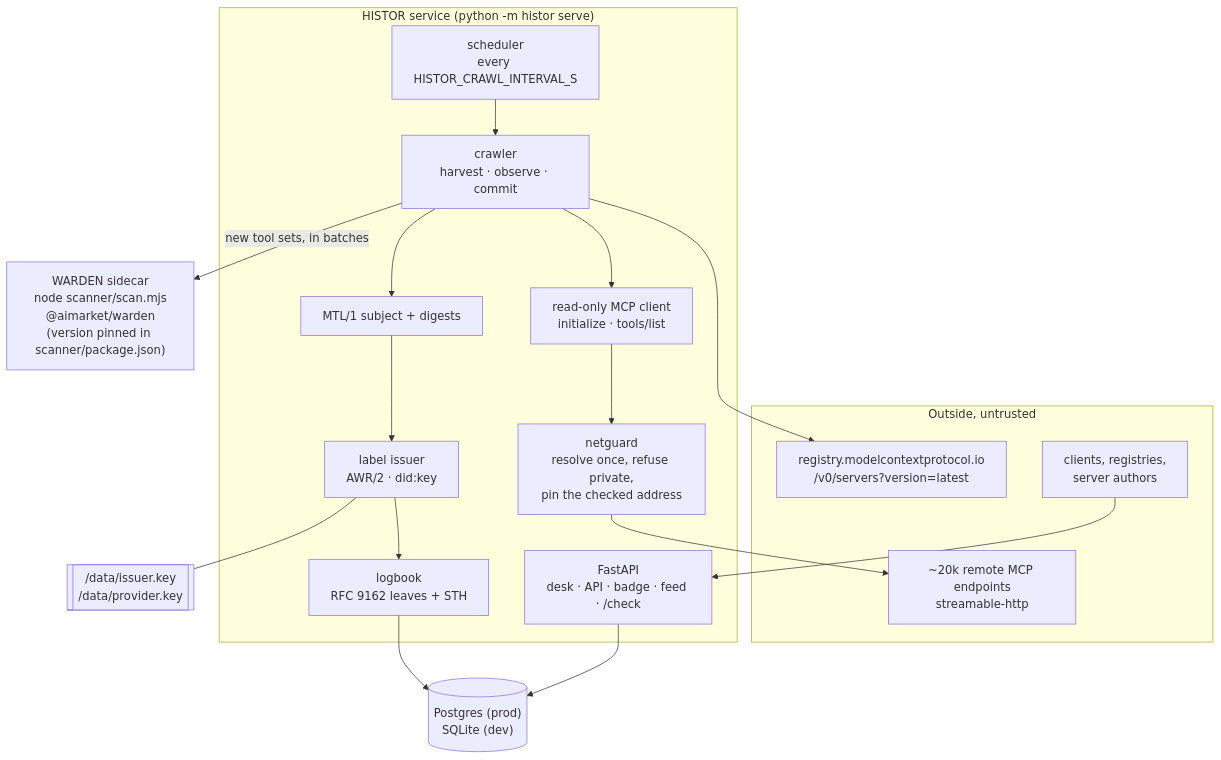
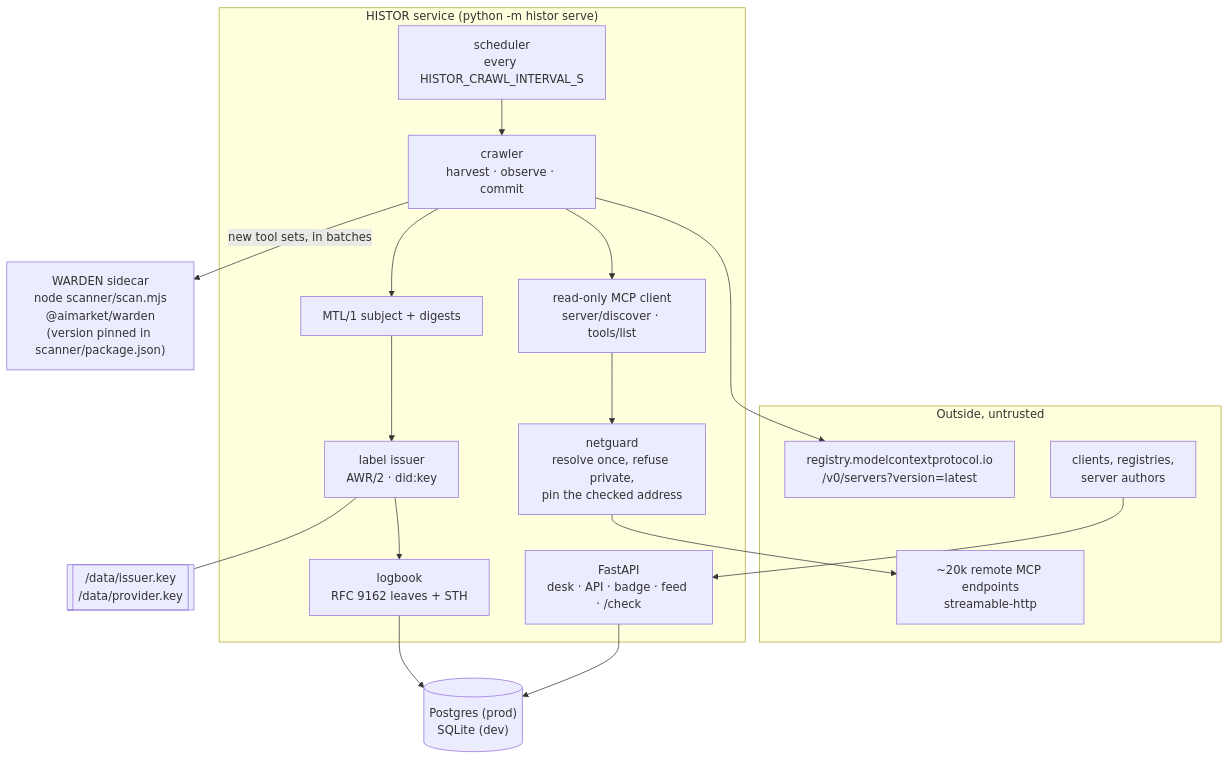
Before and after one commit to alexar76/histor: the first of 4 diagrams in docs/architecture.md, drawn with Mermaid. The commit also changed other lines of this file and 78 other files, not shown here.

````diff
--- a/docs/architecture.md
+++ b/docs/architecture.md
@@ -9,30 +9,30 @@
 ```mermaid
 flowchart TB
     subgraph Outside["Outside, untrusted"]
         REG["registry.modelcontextprotocol.io<br/>/v0/servers?version=latest"]
         MCP["~20k remote MCP endpoints<br/>streamable-http"]
         CLIENT["clients, registries,<br/>server authors"]
     end
     subgraph Service["HISTOR service (python -m histor serve)"]
         SCHED["scheduler<br/>every HISTOR_CRAWL_INTERVAL_S"]
         CRAWL["crawler<br/>harvest · observe · commit"]
         GUARD["netguard<br/>resolve once, refuse private,<br/>pin the checked address"]
-        READER["read-only MCP client<br/>initialize · tools/list"]
+        READER["read-only MCP client<br/>server/discover · tools/list"]
         SUBJ["MTL/1 subject + digests"]
         LABELS["label issuer<br/>AWR/2 · did:key"]
         LOG["logbook<br/>RFC 9162 leaves + STH"]
         API["FastAPI<br/>desk · API · badge · feed · /check"]
     end
     SIDE["WARDEN sidecar<br/>node scanner/scan.mjs<br/>@aimarket/warden<br/>(version pinned in scanner/package.json)"]
     DB[("Postgres (prod)<br/>SQLite (dev)")]
     KEY[["/data/issuer.key<br/>/data/provider.key"]]
 
     SCHED --> CRAWL
     CRAWL --> REG
     CRAWL --> READER --> GUARD --> MCP
     CRAWL --> SUBJ --> LABELS --> LOG --> DB
     CRAWL -- "new tool sets, in batches" --> SIDE
     LABELS --- KEY
     API --> DB
     CLIENT --> API
 ```
````
